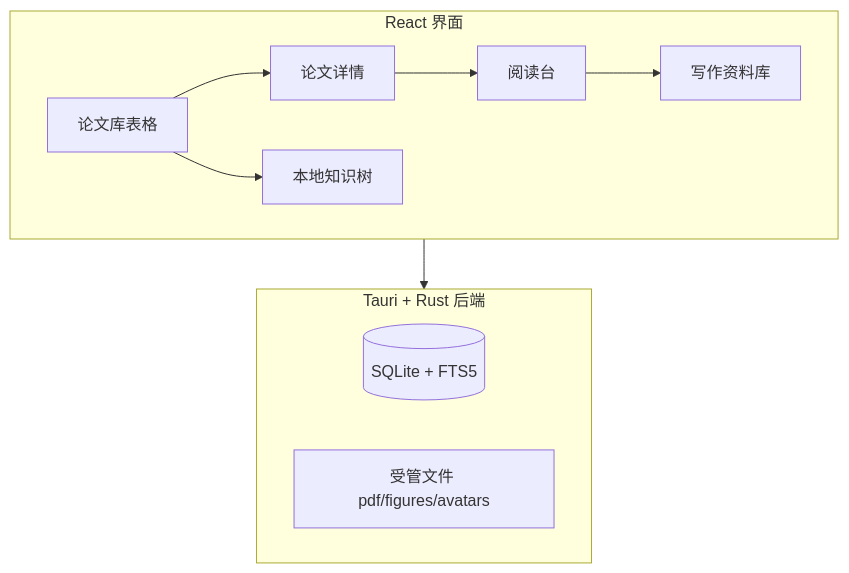
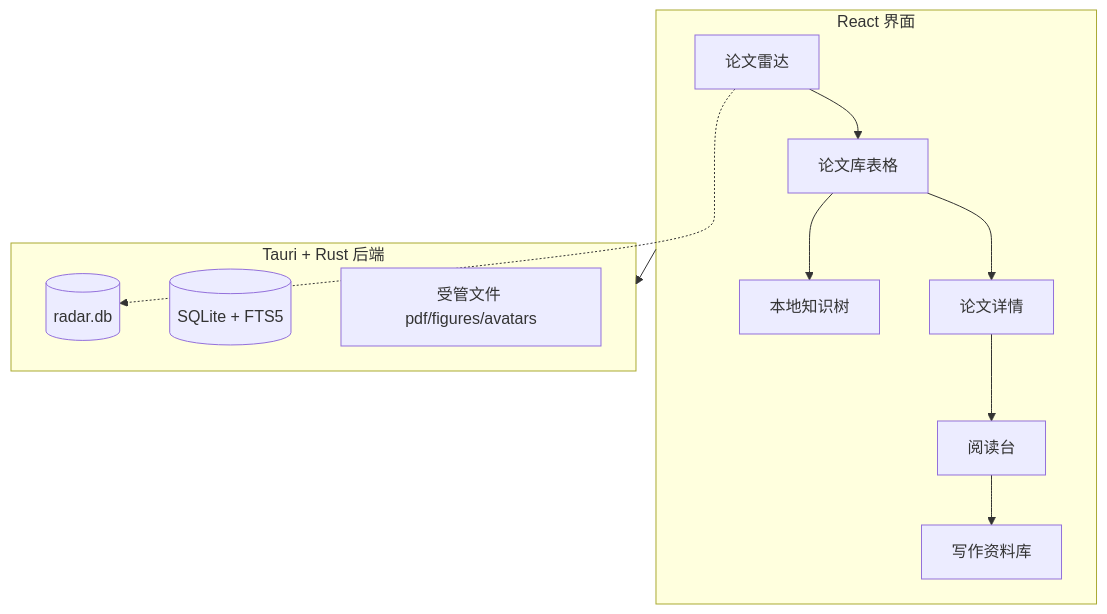
One commit to naipings/PaperNest changed the first of 3 diagrams in README.md. Above: the diagram before and after it, drawn with Mermaid. The commit also changed other lines of this file and 40 other files, not shown here.

First line of the commit message:
发布论文雷达发现层（0.2.10），并同步 README 截图与文档。

````diff
--- a/README.md
+++ b/README.md
@@ -9,21 +9,25 @@
 ```mermaid
 flowchart TB
   subgraph UI["React 界面"]
     Library["论文库表格"]
     Detail["论文详情"]
     Reader["阅读台"]
     Writing["写作资料库"]
     Graph["本地知识树"]
+    Radar["论文雷达"]
   end
 
   subgraph Core["Tauri + Rust 后端"]
     DB[(SQLite + FTS5)]
+    RadarDB[(radar.db)]
     Files["受管文件 pdf/figures/avatars"]
   end
 
   Library --> Detail
   Detail --> Reader
   Reader --> Writing
   Library --> Graph
+  Radar --> Library
   UI --> Core
+  Radar -.-> RadarDB
 ```
````
